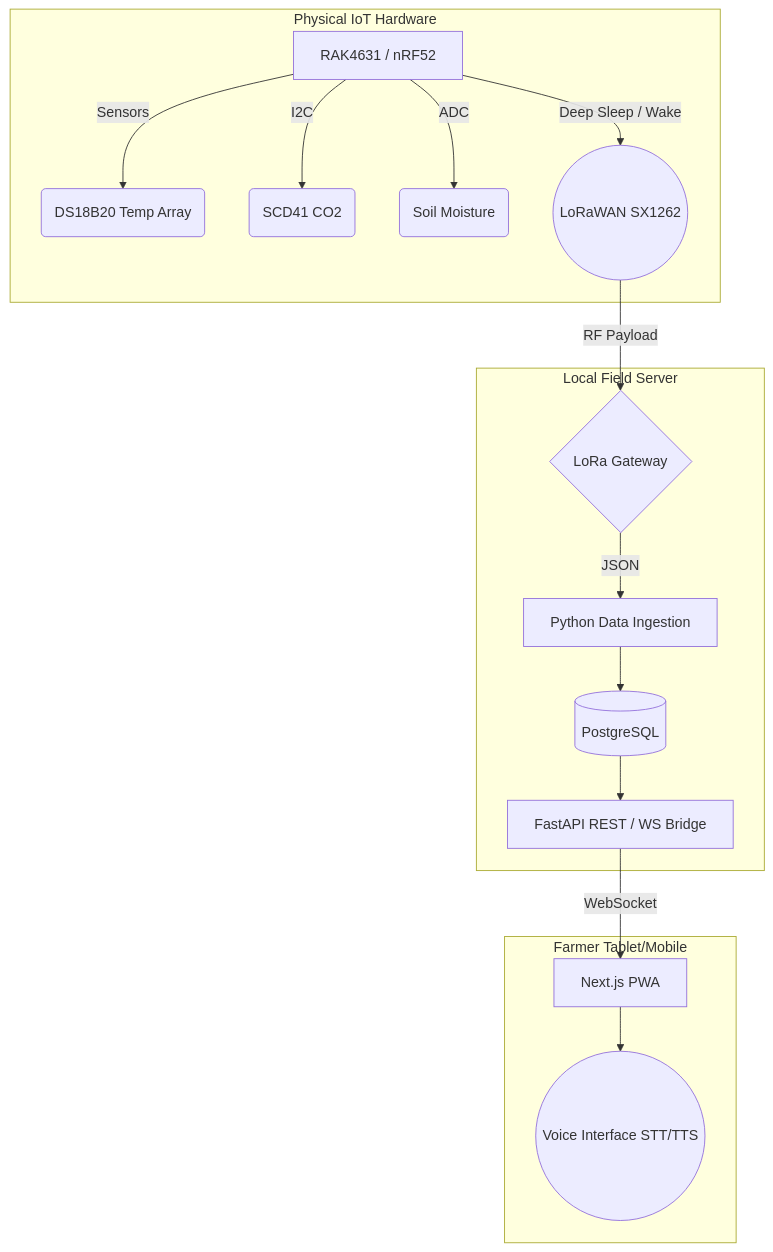
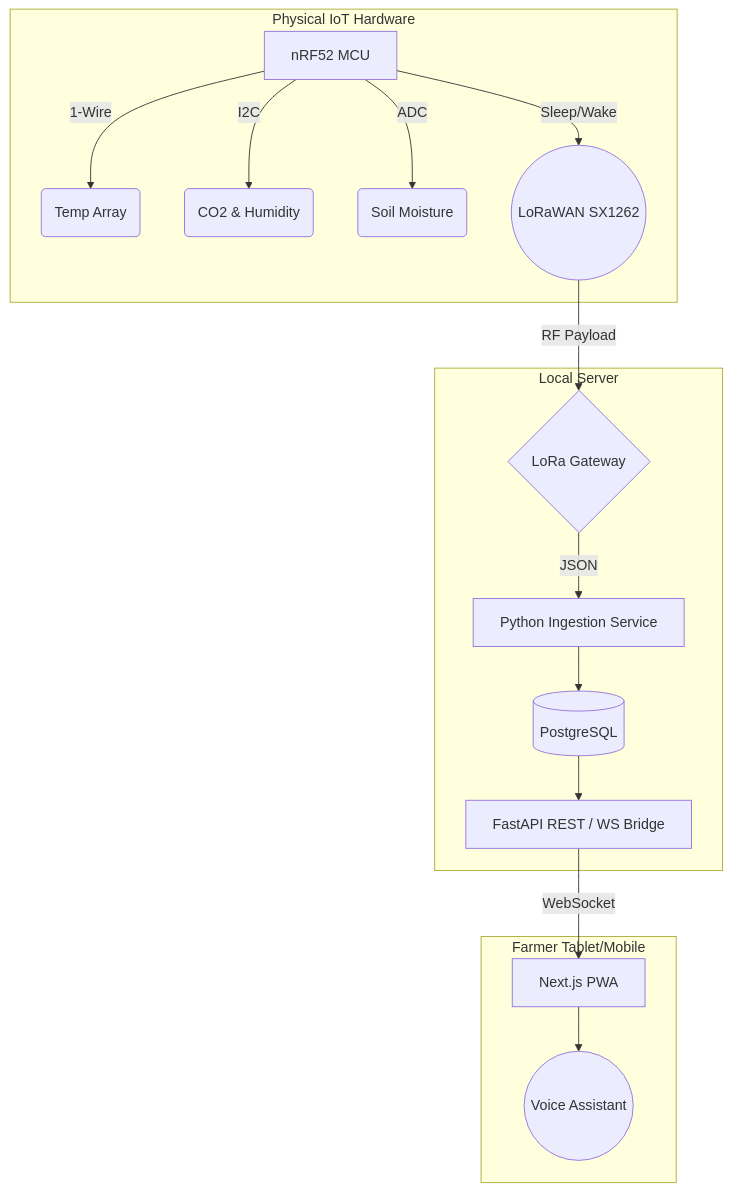
One commit to atharveeee-netizen/vermikendra changed the diagram in README.md. Above: the diagram before and after it, drawn with Mermaid. The commit also changed other lines of this file and 25 other files, not shown here.

````diff
--- a/README.md
+++ b/README.md
@@ -23,21 +23,21 @@
 ```mermaid
 graph TD
     subgraph Edge Nodes [Physical IoT Hardware]
-        A[RAK4631 / nRF52] -->|Sensors| B(DS18B20 Temp Array)
-        A -->|I2C| C(SCD41 CO2)
+        A[nRF52 MCU] -->|1-Wire| B(Temp Array)
+        A -->|I2C| C(CO2 & Humidity)
         A -->|ADC| D(Soil Moisture)
-        A -->|Deep Sleep / Wake| E((LoRaWAN SX1262))
+        A -->|Sleep/Wake| E((LoRaWAN SX1262))
     end
 
-    subgraph Gateway [Local Field Server]
+    subgraph Field Gateway [Local Server]
         E -->|RF Payload| F{LoRa Gateway}
-        F -->|JSON| G[Python Data Ingestion]
+        F -->|JSON| G[Python Ingestion Service]
         G --> H[(PostgreSQL)]
         H --> I[FastAPI REST / WS Bridge]
     end
 
     subgraph User Interface [Farmer Tablet/Mobile]
         I -->|WebSocket| J[Next.js PWA]
-        J --> K((Voice Interface STT/TTS))
+        J --> K((Voice Assistant))
     end
 ```
````
